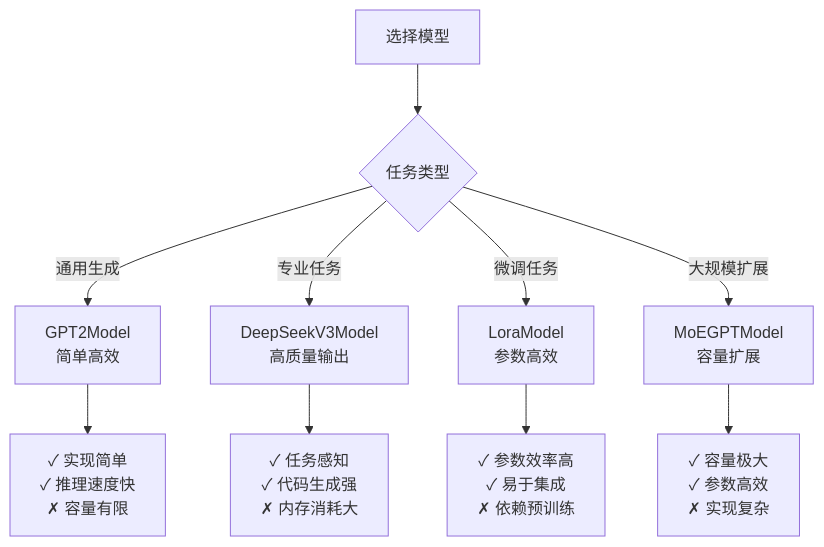
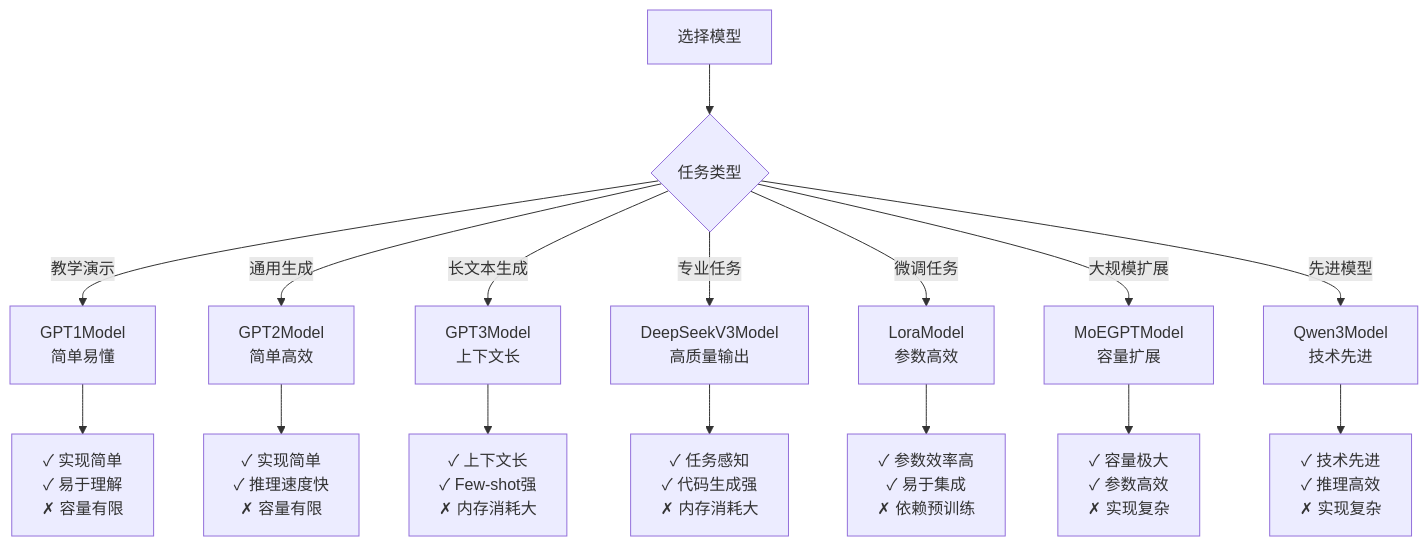
One commit to Leavesfly/TinyAI changed diagram 17 of 17 in .qoder/repowiki/zh/content/模型实现/模型实现.md. Above: the diagram before and after it, drawn with Mermaid. The commit also changed other lines of this file and 40 other files, not shown here.

````diff
--- a/.qoder/repowiki/zh/content/模型实现/模型实现.md
+++ b/.qoder/repowiki/zh/content/模型实现/模型实现.md
@@ -707,12 +1099,18 @@
 ```mermaid
 flowchart TD
 Start[选择模型] --> Task{任务类型}
+Task --> |教学演示| GPT1[GPT1Model<br/>简单易懂]
 Task --> |通用生成| GPT2[GPT2Model<br/>简单高效]
+Task --> |长文本生成| GPT3[GPT3Model<br/>上下文长]
 Task --> |专业任务| DS[DeepSeekV3Model<br/>高质量输出]
 Task --> |微调任务| Lo[LoraModel<br/>参数高效]
 Task --> |大规模扩展| Mo[MoEGPTModel<br/>容量扩展]
+Task --> |先进模型| QW[Qwen3Model<br/>技术先进]
+GPT1 --> GPT1Adv[✓ 实现简单<br/>✓ 易于理解<br/>✗ 容量有限]
 GPT2 --> GPT2Adv[✓ 实现简单<br/>✓ 推理速度快<br/>✗ 容量有限]
+GPT3 --> GPT3Adv[✓ 上下文长<br/>✓ Few-shot强<br/>✗ 内存消耗大]
 DS --> DSAdv[✓ 任务感知<br/>✓ 代码生成强<br/>✗ 内存消耗大]
 Lo --> LoAdv[✓ 参数效率高<br/>✓ 易于集成<br/>✗ 依赖预训练]
 Mo --> MoAdv[✓ 容量极大<br/>✓ 参数高效<br/>✗ 实现复杂]
+QW --> QWAdv[✓ 技术先进<br/>✓ 推理高效<br/>✗ 实现复杂]
 ```
````
